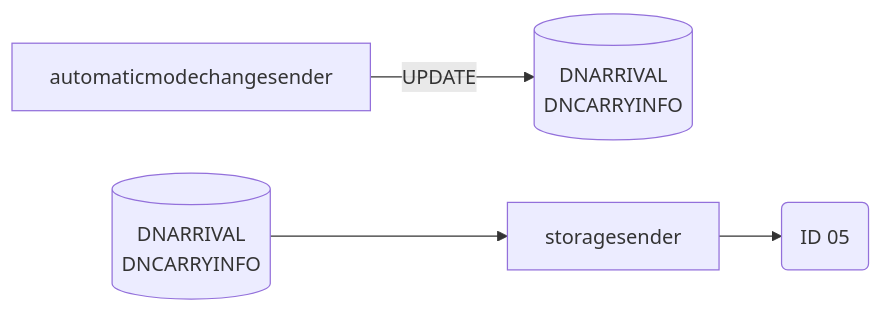
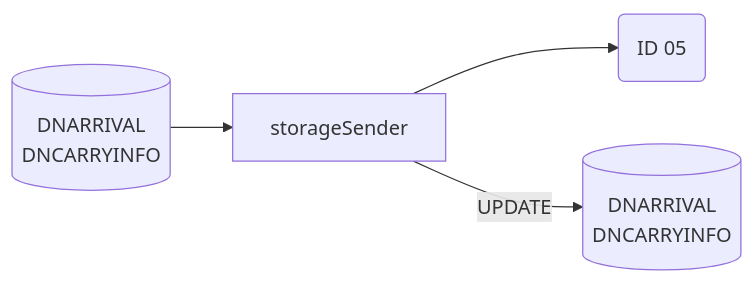
Before and after one commit to luthfiadityaa/SimeDarby-Wiki: the sixth of 23 diagrams in Basic-Design/DFD-WMS/Storage/Palletizing-Settting/Palletize-Start.md, drawn with Mermaid.

Commit message:
Updated Palletize Start

```diff
--- a/Basic-Design/DFD-WMS/Storage/Palletizing-Settting/Palletize-Start.md
+++ b/Basic-Design/DFD-WMS/Storage/Palletizing-Settting/Palletize-Start.md
@@ -478,18 +478,18 @@
 ::: mermaid
 flowchart LR
 automaticmodechangesender-update[("
 DNARRIVAL
 DNCARRYINFO
 ")]
 automaticmodechangesender-input[("
 DNARRIVAL
 DNCARRYINFO
 ")]
 
 id05msg("
 ID 05
 ")
 
-automaticmodechangesender-input-->storagesender-->id05msg
-automaticmodechangesender--> |UPDATE| automaticmodechangesender-update
+automaticmodechangesender-input-->storageSender-->id05msg
+storageSender--> |UPDATE| automaticmodechangesender-update
 :::
```
